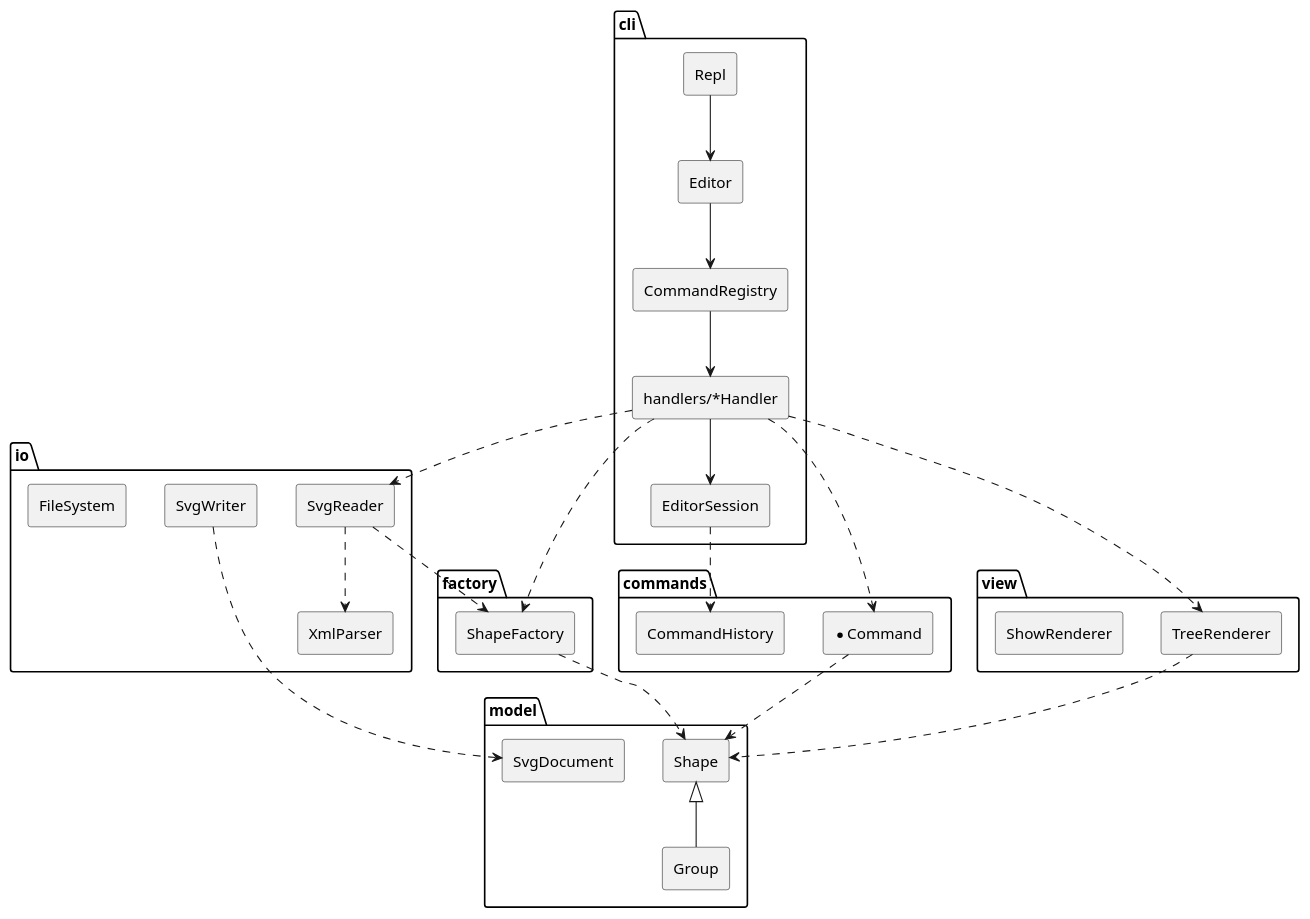
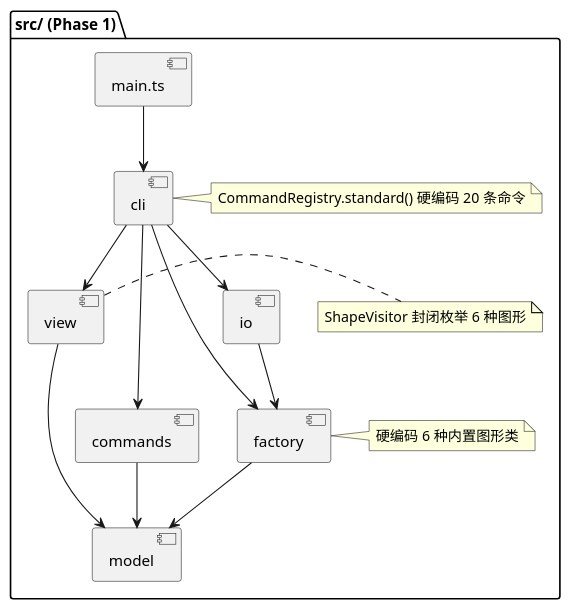
One commit to chaoshou133/SVG changed the first of 2 diagrams in doc/README.md. Above: the diagram before and after it, drawn with PlantUML. The commit also changed other lines of this file and 7 other files, not shown here.

````diff
--- a/doc/README.md
+++ b/doc/README.md
@@ -32,43 +86,18 @@
 ```plantuml
-@startuml
-skinparam componentStyle rectangle
-package "cli" {
-  [Repl] --> [Editor]
-  [Editor] --> [CommandRegistry]
-  [CommandRegistry] --> [handlers/*Handler]
-  [handlers/*Handler] --> [EditorSession]
+@startuml phase1_arch
+package "src/ (Phase 1)" {
+  [main.ts] --> [cli]
+  [cli] --> [commands]
+  [cli] --> [io]
+  [cli] --> [view]
+  [cli] --> [factory]
+  [io] --> [factory]
+  [factory] --> [model]
+  [commands] --> [model]
+  [view] --> [model]
+  note right of [factory] : 硬编码 6 种内置图形类
+  note right of [cli] : CommandRegistry.standard() 硬编码 20 条命令
+  note right of [view] : ShapeVisitor 封闭枚举 6 种图形
 }
-package "commands" {
-  [CommandHistory]
-  [*Command]
-}
-package "io" {
-  [SvgReader]
-  [SvgWriter]
-  [XmlParser]
-  [FileSystem]
-}
-package "view" {
-  [TreeRenderer]
-  [ShowRenderer]
-}
-package "factory" {
-  [ShapeFactory]
-}
-package "model" {
-  [Shape] <|-- [Group]
-  [SvgDocument]
-}
-[handlers/*Handler] ..> [*Command]
-[EditorSession] ..> [CommandHistory]
-[handlers/*Handler] ..> [SvgReader]
-[handlers/*Handler] ..> [TreeRenderer]
-[handlers/*Handler] ..> [ShapeFactory]
-[*Command] ..> [Shape]
-[SvgReader] ..> [ShapeFactory]
-[SvgReader] ..> [XmlParser]
-[SvgWriter] ..> [SvgDocument]
-[TreeRenderer] ..> [Shape]
-[ShapeFactory] ..> [Shape]
 @enduml
 ```
````
